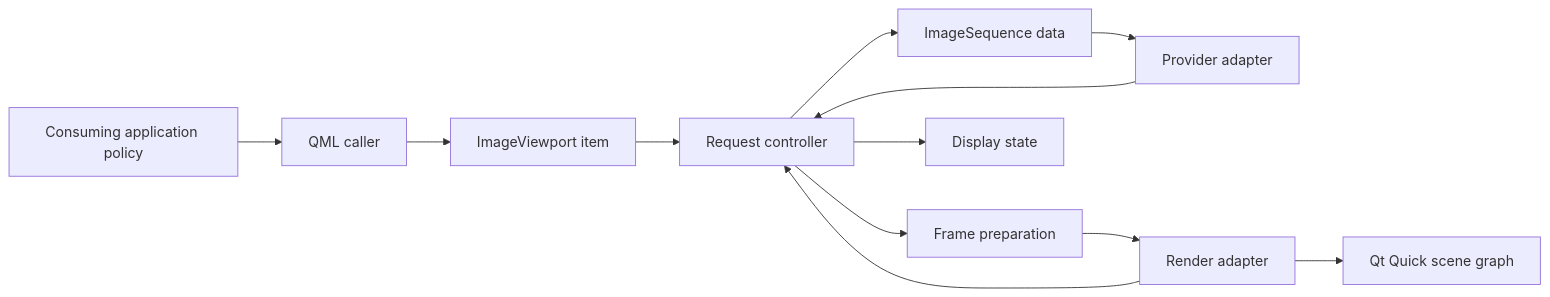
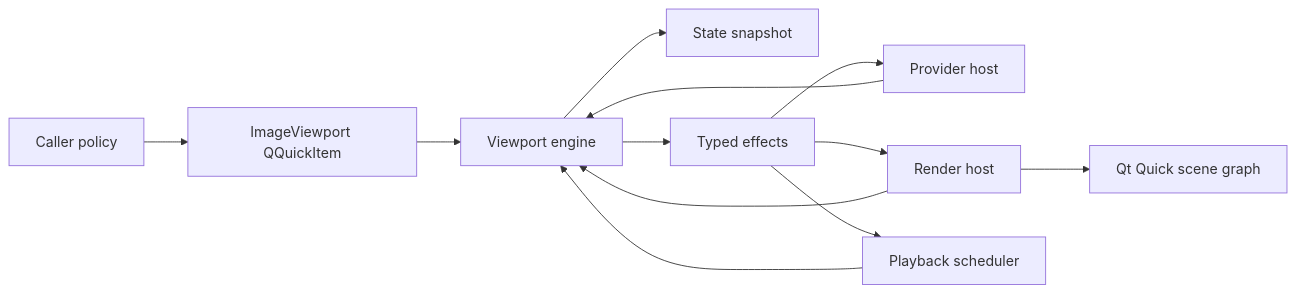
The diagram in docs/architecture/subsystem-boundaries.md (hnjae/kiriview), drawn with Mermaid before and after one commit. The commit also changed other lines of this file and 13 other files, not shown here.

````diff
--- a/docs/architecture/subsystem-boundaries.md
+++ b/docs/architecture/subsystem-boundaries.md
@@ -5,14 +5,14 @@
 ```mermaid
 flowchart LR
-    Policy[Consuming application policy] --> QML[QML caller]
-    QML --> Item[ImageViewport item]
-    Item --> Controller[Request controller]
-    Controller --> Sequence[ImageSequence data]
-    Sequence --> Provider[Provider adapter]
-    Provider --> Controller
-    Controller --> Prepare[Frame preparation]
-    Controller --> Display[Display state]
-    Prepare --> Render[Render adapter]
-    Render --> SceneGraph[Qt Quick scene graph]
-    Render --> Controller
+    Caller[Caller policy] --> Item[ImageViewport QQuickItem]
+    Item --> Engine[Viewport engine]
+    Engine --> Snapshot[State snapshot]
+    Engine --> Effects[Typed effects]
+    Effects --> ProviderHost[Provider host]
+    Effects --> RenderHost[Render host]
+    Effects --> Scheduler[Playback scheduler]
+    ProviderHost --> Engine
+    RenderHost --> Engine
+    Scheduler --> Engine
+    RenderHost --> SceneGraph[Qt Quick scene graph]
 ```
````
